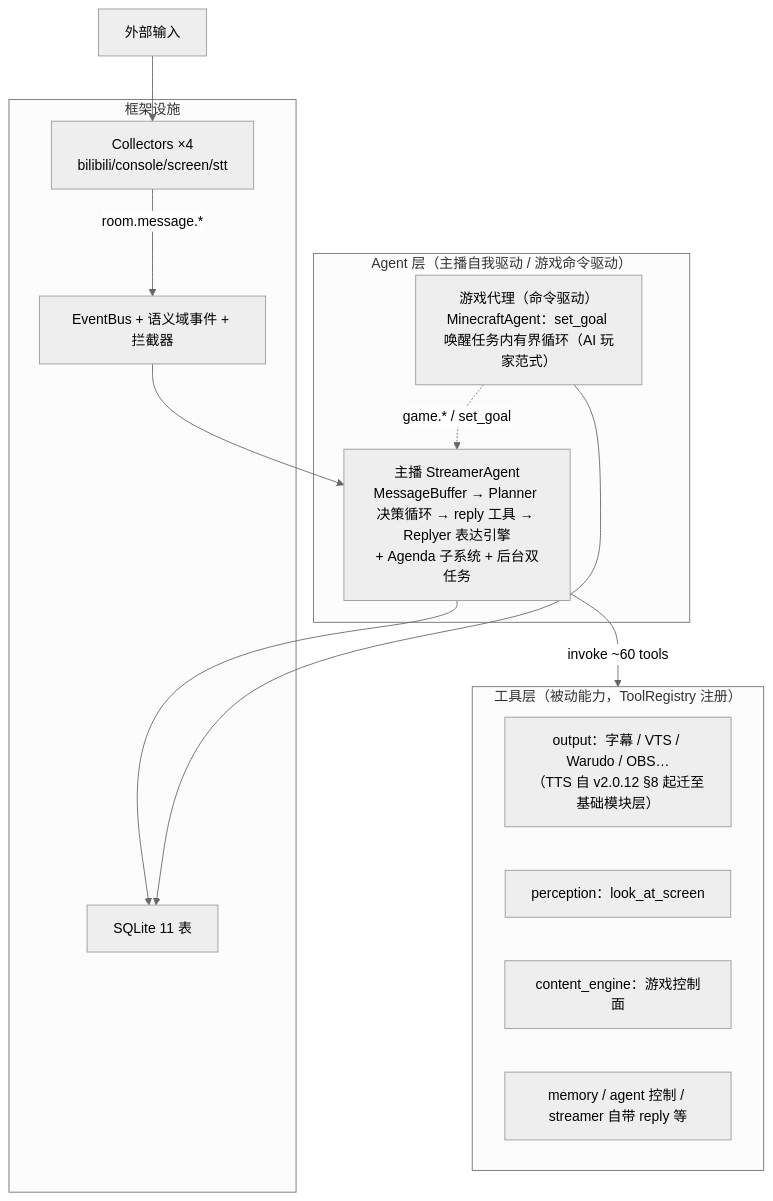
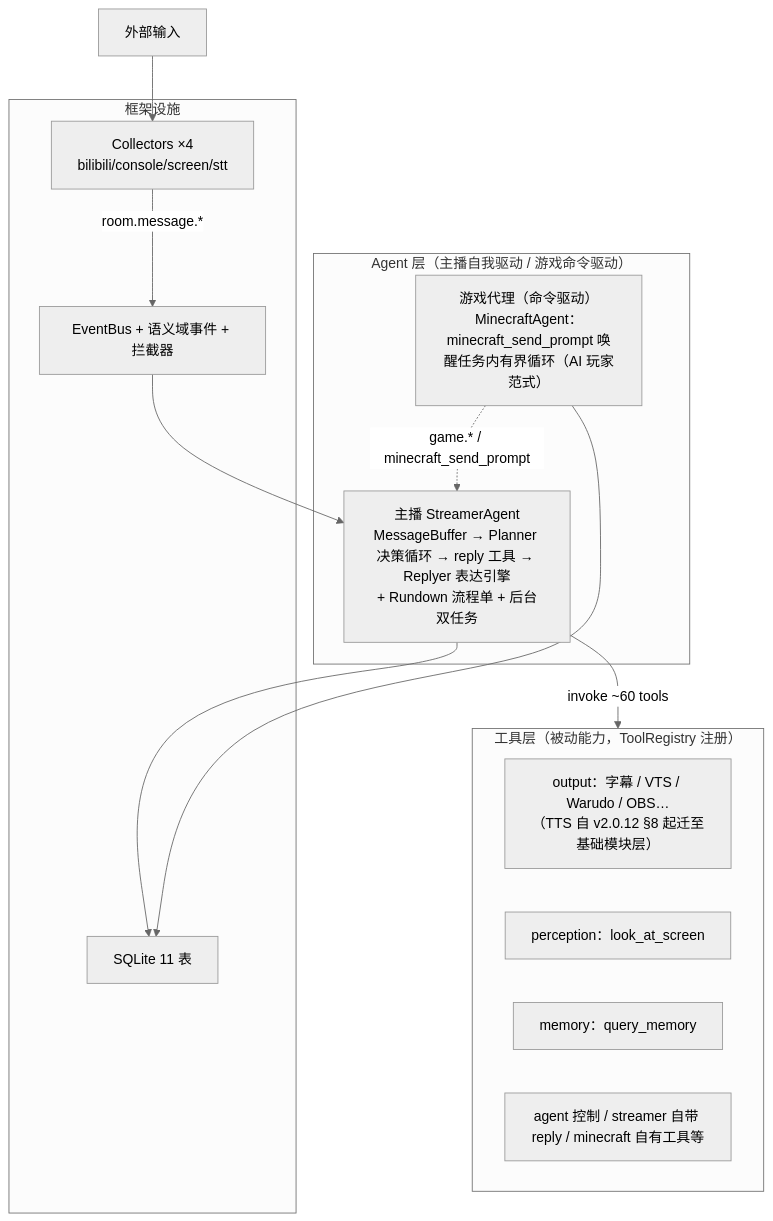
The diagram in docs/architecture/v2-architecture.md (Mai-with-u/Amaidesu), drawn with Mermaid (neutral theme) before and after one commit. The commit also changed other lines of this file and 82 other files, not shown here.

````diff
--- a/docs/architecture/v2-architecture.md
+++ b/docs/architecture/v2-architecture.md
@@ -110,23 +110,23 @@
 ```mermaid
 flowchart TB
     subgraph Agents["Agent 层（主播自我驱动 / 游戏命令驱动）"]
-        SA["主播 StreamerAgent<br/>MessageBuffer → Planner 决策循环 → reply 工具 → Replyer 表达引擎<br/>+ Agenda 子系统 + 后台双任务"]
-        GA["游戏代理（命令驱动）<br/>MinecraftAgent：set_goal 唤醒任务内有界循环（AI 玩家范式）"]
+        SA["主播 StreamerAgent<br/>MessageBuffer → Planner 决策循环 → reply 工具 → Replyer 表达引擎<br/>+ Rundown 流程单 + 后台双任务"]
+        GA["游戏代理（命令驱动）<br/>MinecraftAgent：minecraft_send_prompt 唤醒任务内有界循环（AI 玩家范式）"]
     end
     subgraph Tools["工具层（被动能力，ToolRegistry 注册）"]
         T1["output：字幕 / VTS / Warudo / OBS…<br/>（TTS 自 v2.0.12 §8 起迁至基础模块层）"]
         T2["perception：look_at_screen"]
-        T3["content_engine：游戏控制面"]
-        T4["memory / agent 控制 / streamer 自带 reply 等"]
+        T3["memory：query_memory"]
+        T4["agent 控制 / streamer 自带 reply / minecraft 自有工具等"]
     end
     subgraph Infra["框架设施"]
         COL["Collectors ×4<br/>bilibili/console/screen/stt"]
         BUS["EventBus + 语义域事件 + 拦截器"]
         STO["SQLite 11 表"]
     end
     EXT["外部输入"] --> COL -->|"room.message.*"| BUS
     BUS --> SA
-    GA -.->|"game.* / set_goal"| SA
+    GA -.->|"game.* / minecraft_send_prompt"| SA
     SA -->|"invoke ~60 tools"| Tools
     SA & GA --> STO
 ```
````
